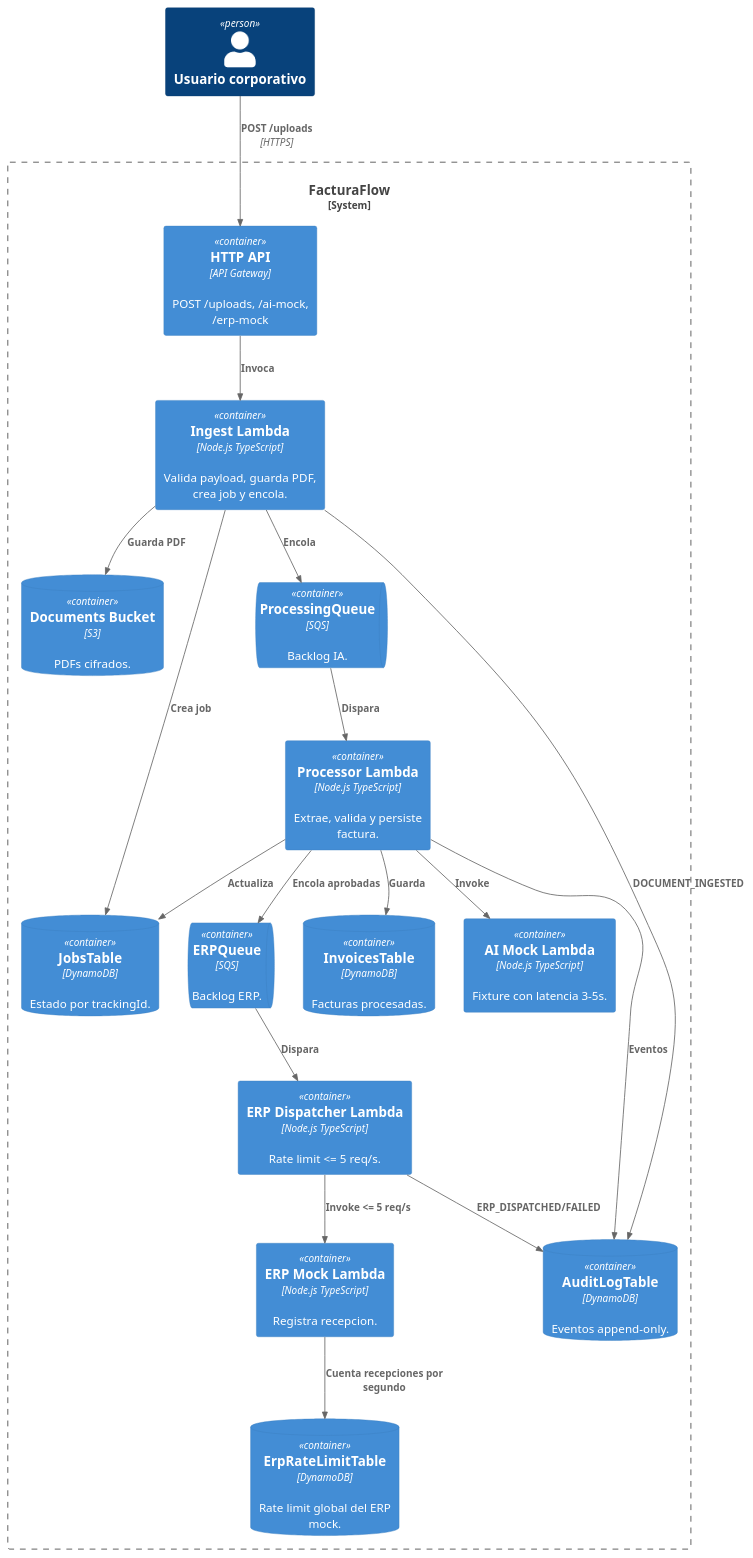
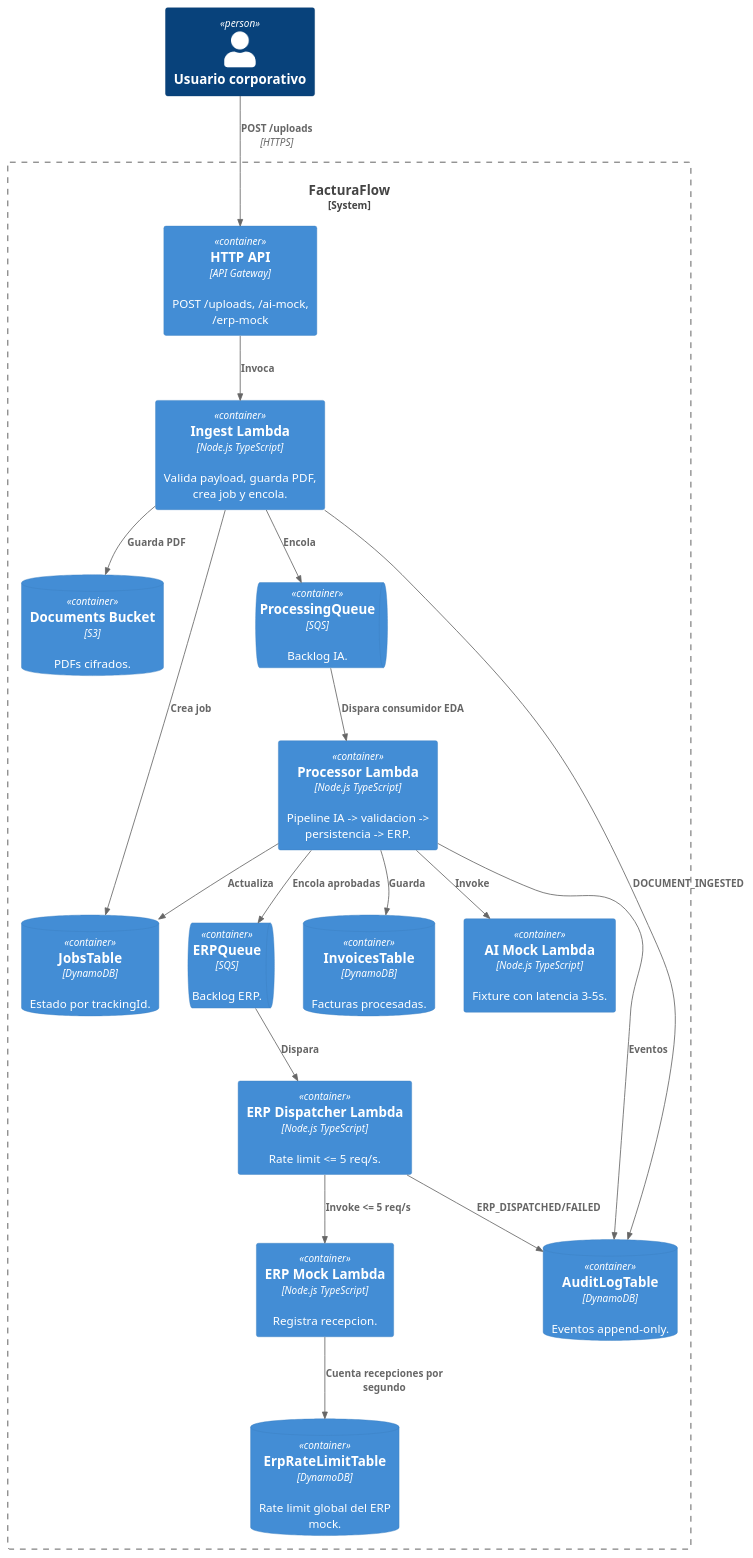
One commit to JimeneZz007/FacturaFlow changed the diagram in docs/diagrams/c4-container.puml. Above: the diagram before and after it, drawn with PlantUML. The commit also changed 9 other files, not shown here.

```diff
--- a/docs/diagrams/c4-container.puml
+++ b/docs/diagrams/c4-container.puml
@@ -1,37 +1,37 @@
 @startuml
 !include https://raw.githubusercontent.com/plantuml-stdlib/C4-PlantUML/master/C4_Container.puml
 
 Person(user, "Usuario corporativo")
 System_Boundary(ff, "FacturaFlow") {
   Container(api, "HTTP API", "API Gateway", "POST /uploads, /ai-mock, /erp-mock")
   Container(ingest, "Ingest Lambda", "Node.js TypeScript", "Valida payload, guarda PDF, crea job y encola.")
-  Container(processor, "Processor Lambda", "Node.js TypeScript", "Extrae, valida y persiste factura.")
+  Container(processor, "Processor Lambda", "Node.js TypeScript", "Pipeline IA -> validacion -> persistencia -> ERP.")
   Container(ai, "AI Mock Lambda", "Node.js TypeScript", "Fixture con latencia 3-5s.")
   Container(dispatcher, "ERP Dispatcher Lambda", "Node.js TypeScript", "Rate limit <= 5 req/s.")
   Container(erp, "ERP Mock Lambda", "Node.js TypeScript", "Registra recepcion.")
   ContainerDb(s3, "Documents Bucket", "S3", "PDFs cifrados.")
   ContainerDb(jobs, "JobsTable", "DynamoDB", "Estado por trackingId.")
   ContainerDb(invoices, "InvoicesTable", "DynamoDB", "Facturas procesadas.")
   ContainerDb(audit, "AuditLogTable", "DynamoDB", "Eventos append-only.")
   ContainerDb(erpLimit, "ErpRateLimitTable", "DynamoDB", "Rate limit global del ERP mock.")
   ContainerQueue(pq, "ProcessingQueue", "SQS", "Backlog IA.")
   ContainerQueue(eq, "ERPQueue", "SQS", "Backlog ERP.")
 }
 
 Rel(user, api, "POST /uploads", "HTTPS")
 Rel(api, ingest, "Invoca")
 Rel(ingest, s3, "Guarda PDF")
 Rel(ingest, jobs, "Crea job")
 Rel(ingest, audit, "DOCUMENT_INGESTED")
 Rel(ingest, pq, "Encola")
-Rel(pq, processor, "Dispara")
+Rel(pq, processor, "Dispara consumidor EDA")
 Rel(processor, ai, "Invoke")
 Rel(processor, invoices, "Guarda")
 Rel(processor, jobs, "Actualiza")
 Rel(processor, audit, "Eventos")
 Rel(processor, eq, "Encola aprobadas")
 Rel(eq, dispatcher, "Dispara")
 Rel(dispatcher, erp, "Invoke <= 5 req/s")
 Rel(erp, erpLimit, "Cuenta recepciones por segundo")
 Rel(dispatcher, audit, "ERP_DISPATCHED/FAILED")
 @enduml
```
